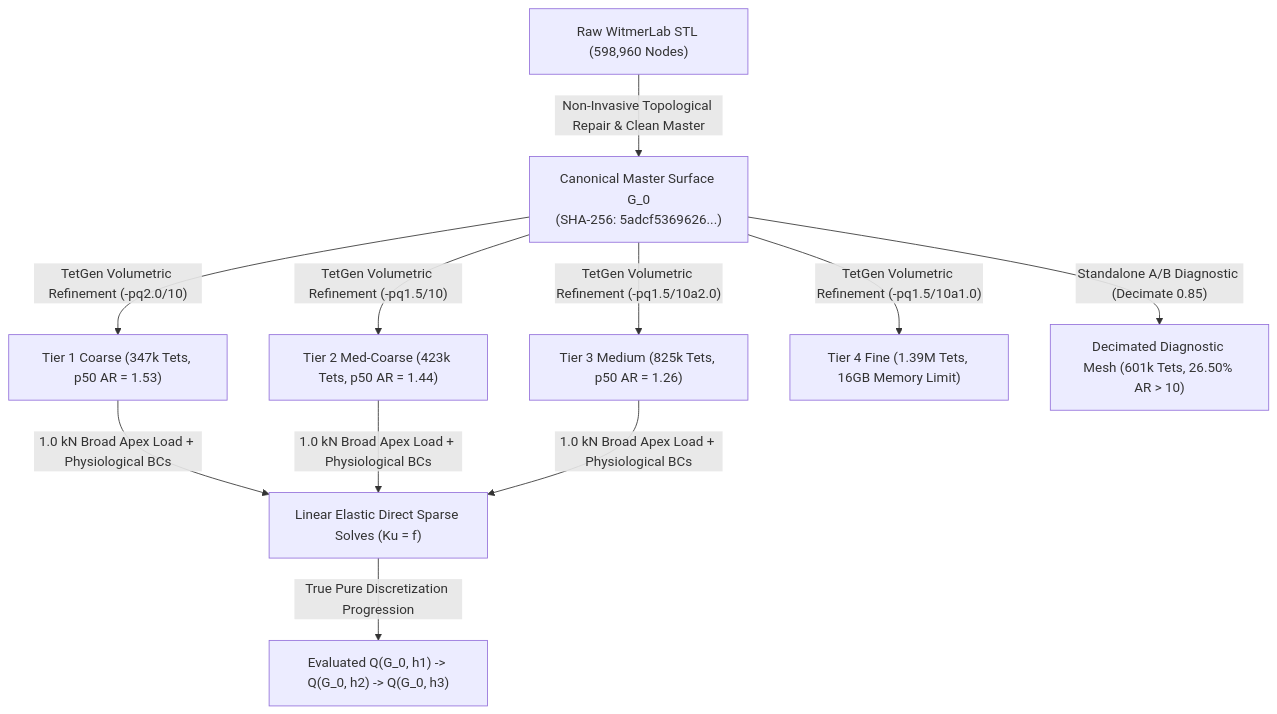
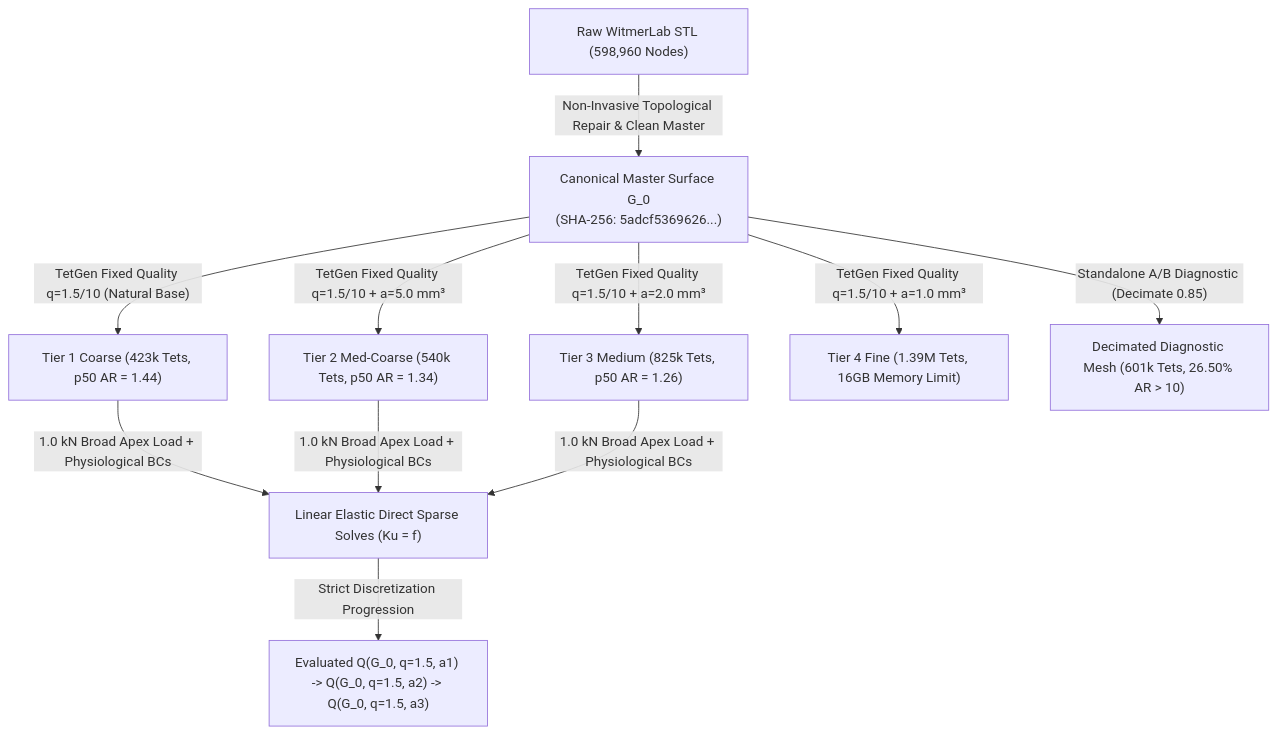
The diagram in reports/phase4_fea_benchmark_report.md (mdhornstein/pachycephalosaur-biomechanics), drawn with Mermaid before and after one commit. The commit also changed other lines of this file and 11 other files, not shown here.

Commit message:
fix(phase4): hold TetGen quality constraint fixed at q=1.5 and refine purely through max element volume constraint

````diff
--- a/reports/phase4_fea_benchmark_report.md
+++ b/reports/phase4_fea_benchmark_report.md
@@ -25,11 +25,11 @@
 ```mermaid
 flowchart TD
     A["Raw WitmerLab STL (598,960 Nodes)"] -->|"Non-Invasive Topological Repair & Clean Master"| B["Canonical Master Surface G_0\n(SHA-256: 5adcf5369626...)"]
-    B -->|"TetGen Volumetric Refinement (-pq2.0/10)"| C1["Tier 1 Coarse (347k Tets, p50 AR = 1.53)"]
-    B -->|"TetGen Volumetric Refinement (-pq1.5/10)"| C2["Tier 2 Med-Coarse (423k Tets, p50 AR = 1.44)"]
-    B -->|"TetGen Volumetric Refinement (-pq1.5/10a2.0)"| C3["Tier 3 Medium (825k Tets, p50 AR = 1.26)"]
-    B -->|"TetGen Volumetric Refinement (-pq1.5/10a1.0)"| C4["Tier 4 Fine (1.39M Tets, 16GB Memory Limit)"]
+    B -->|"TetGen Fixed Quality q=1.5/10 (Natural Base)"| C1["Tier 1 Coarse (423k Tets, p50 AR = 1.44)"]
+    B -->|"TetGen Fixed Quality q=1.5/10 + a=5.0 mm³"| C2["Tier 2 Med-Coarse (540k Tets, p50 AR = 1.34)"]
+    B -->|"TetGen Fixed Quality q=1.5/10 + a=2.0 mm³"| C3["Tier 3 Medium (825k Tets, p50 AR = 1.26)"]
+    B -->|"TetGen Fixed Quality q=1.5/10 + a=1.0 mm³"| C4["Tier 4 Fine (1.39M Tets, 16GB Memory Limit)"]
     B -->|"Standalone A/B Diagnostic (Decimate 0.85)"| C_diag["Decimated Diagnostic Mesh (601k Tets, 26.50% AR > 10)"]
     C1 & C2 & C3 -->|"1.0 kN Broad Apex Load + Physiological BCs"| D["Linear Elastic Direct Sparse Solves (Ku = f)"]
-    D -->|"True Pure Discretization Progression"| E["Evaluated Q(G_0, h1) -> Q(G_0, h2) -> Q(G_0, h3)"]
+    D -->|"Strict Discretization Progression"| E["Evaluated Q(G_0, q=1.5, a1) -> Q(G_0, q=1.5, a2) -> Q(G_0, q=1.5, a3)"]
 ```
````
